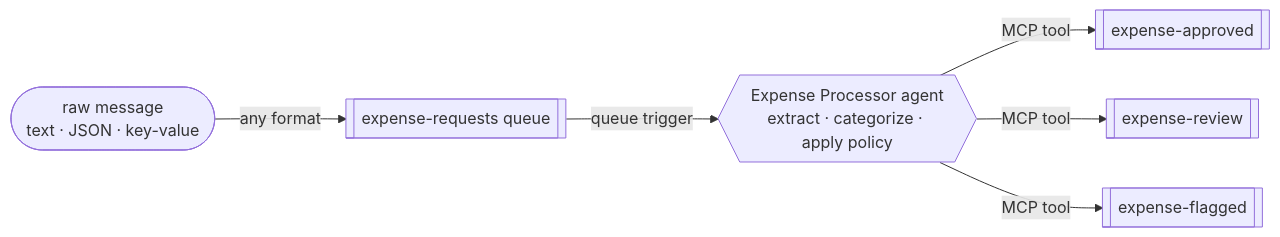
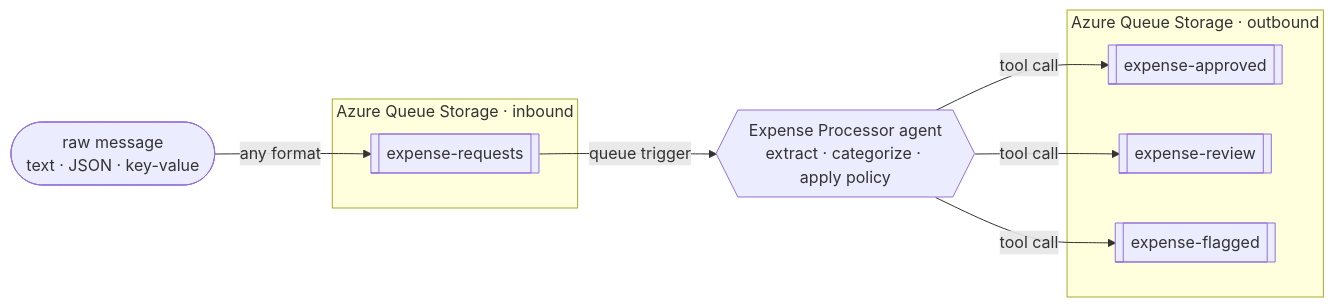
The diagram in README.md (Azure-Samples/serverless-agents-expense-processor), drawn with Mermaid before and after one commit. The commit also changed other lines of this file and 10 other files, not shown here.

````diff
--- a/README.md
+++ b/README.md
@@ -49,8 +49,22 @@
 ```mermaid
 flowchart LR
-    msg([raw message<br/>text · JSON · key-value]) -->|any format| inq[[expense-requests queue]]
-    inq -->|queue trigger| agent{{Expense Processor agent<br/>extract · categorize · apply policy}}
-    agent -->|MCP tool| approved[[expense-approved]]
-    agent -->|MCP tool| review[[expense-review]]
-    agent -->|MCP tool| flagged[[expense-flagged]]
+    msg([raw message<br/>text · JSON · key-value])
+
+    subgraph inbound["Azure Queue Storage · inbound"]
+        inq[[expense-requests]]
+    end
+
+    agent{{Expense Processor agent<br/>extract · categorize · apply policy}}
+
+    subgraph outbound["Azure Queue Storage · outbound"]
+        approved[[expense-approved]]
+        review[[expense-review]]
+        flagged[[expense-flagged]]
+    end
+
+    msg -->|any format| inq
+    inq -->|queue trigger| agent
+    agent -->|tool call| approved
+    agent -->|tool call| review
+    agent -->|tool call| flagged
 ```
````
